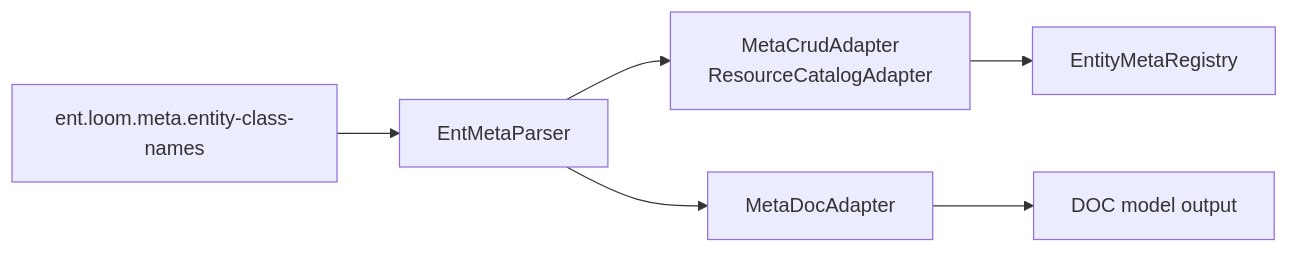
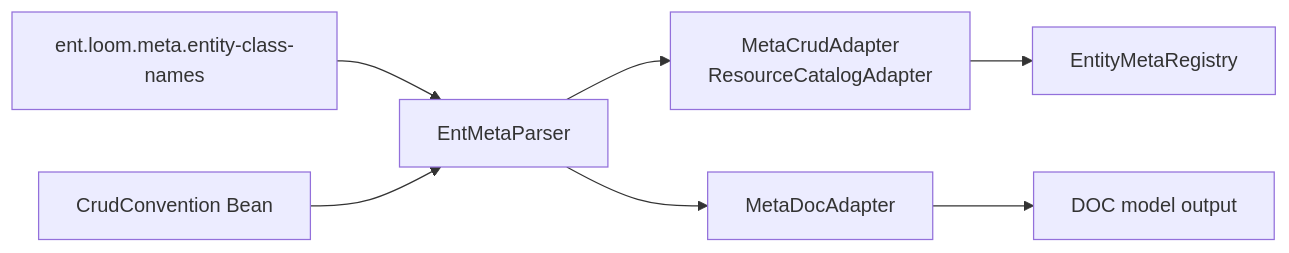
Before and after one commit to ent-loom/ent-loom: the diagram in docs/architecture/core/meta/运行时适配器.md, drawn with Mermaid. The commit also changed other lines of this file and 20 other files, not shown here.

````diff
--- a/docs/architecture/core/meta/运行时适配器.md
+++ b/docs/architecture/core/meta/运行时适配器.md
@@ -29,13 +30,15 @@
 ```mermaid
 flowchart LR
     props["ent.loom.meta.entity-class-names"]
+    conventions["CrudConvention Bean"]
     parser["EntMetaParser"]
     crud["MetaCrudAdapter<br/>ResourceCatalogAdapter"]
     doc["MetaDocAdapter"]
     registry["EntityMetaRegistry"]
     docProvider["DOC model output"]
 
     props --> parser
+    conventions --> parser
     parser --> crud --> registry
     parser --> doc --> docProvider
 ```
````
